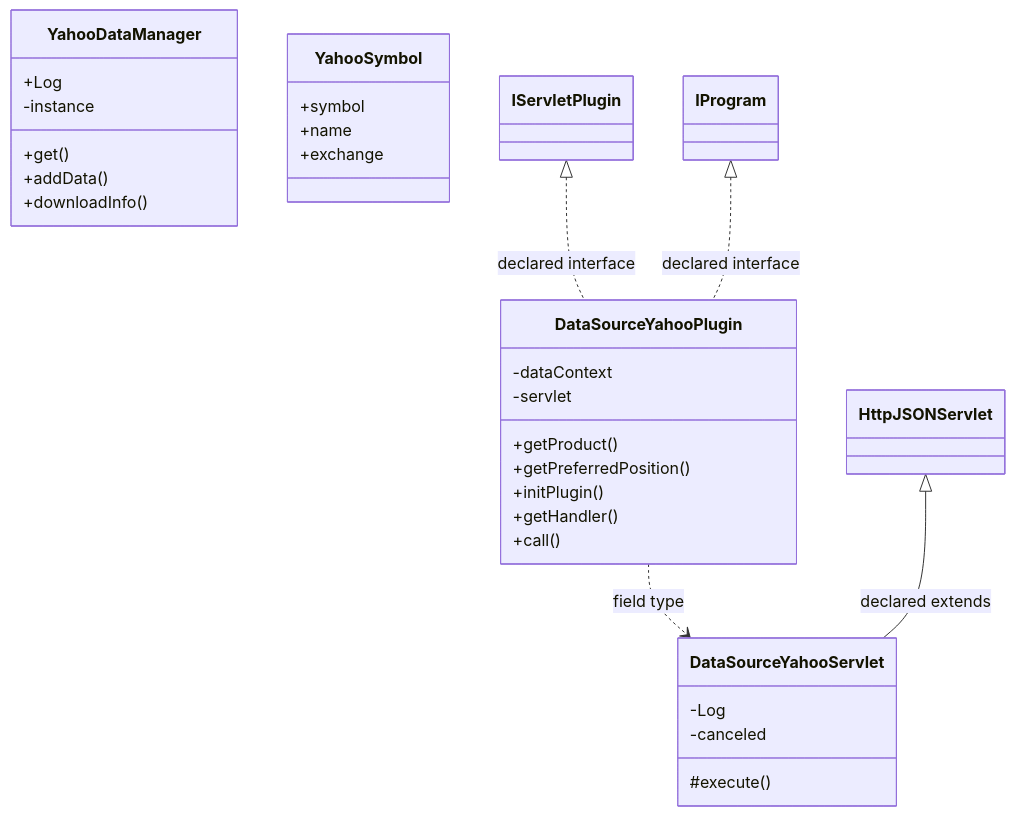
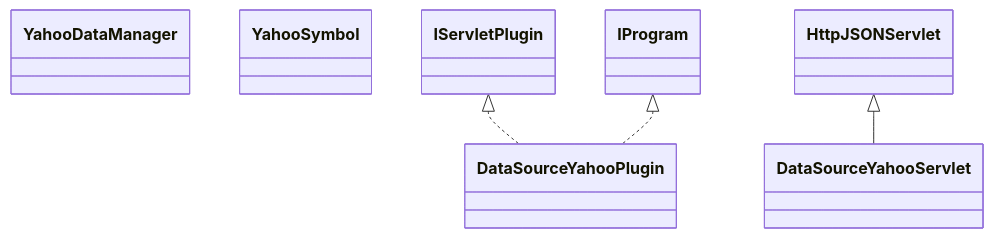
One commit to haruperi/HaruQuantAI changed the diagram in docs/sqx/DataManager/DataSourceYahoo.md. Above: the diagram before and after it, drawn with Mermaid. The commit also changed other lines of this file and 1688 other files, not shown here.

````diff
--- a/docs/sqx/DataManager/DataSourceYahoo.md
+++ b/docs/sqx/DataManager/DataSourceYahoo.md
@@ -30,36 +26,13 @@
 ```mermaid
 classDiagram
-    class C4f8f27e611fe["DataSourceYahooPlugin"] {
-        -dataContext
-        -servlet
-        +getProduct()
-        +getPreferredPosition()
-        +initPlugin()
-        +getHandler()
-        +call()
-    }
-    class C5156d8cc9762["DataSourceYahooServlet"] {
-        -Log
-        -canceled
-        #execute()
-    }
-    class Cf7dbd430f2ec["YahooDataManager"] {
-        +Log
-        -instance
-        +get()
-        +addData()
-        +downloadInfo()
-    }
-    class Cb00a5842204c["YahooSymbol"] {
-        +symbol
-        +name
-        +exchange
-    }
-    class C1b6b4448b67b["IProgram"]
-    class C249b5c671b1a["IServletPlugin"]
-    class C8900f90ae594["HttpJSONServlet"]
-    C249b5c671b1a <|.. C4f8f27e611fe : declared interface
-    C1b6b4448b67b <|.. C4f8f27e611fe : declared interface
-    C4f8f27e611fe ..> C5156d8cc9762 : field type
-    C8900f90ae594 <|-- C5156d8cc9762 : declared extends
+    class C0["DataSourceYahooPlugin"]
+    class C1["DataSourceYahooServlet"]
+    class C2["YahooDataManager"]
+    class C3["YahooSymbol"]
+    class E0["IServletPlugin"]
+    E0 <|.. C0
+    class E1["IProgram"]
+    E1 <|.. C0
+    class E2["HttpJSONServlet"]
+    E2 <|-- C1
 ```
````
